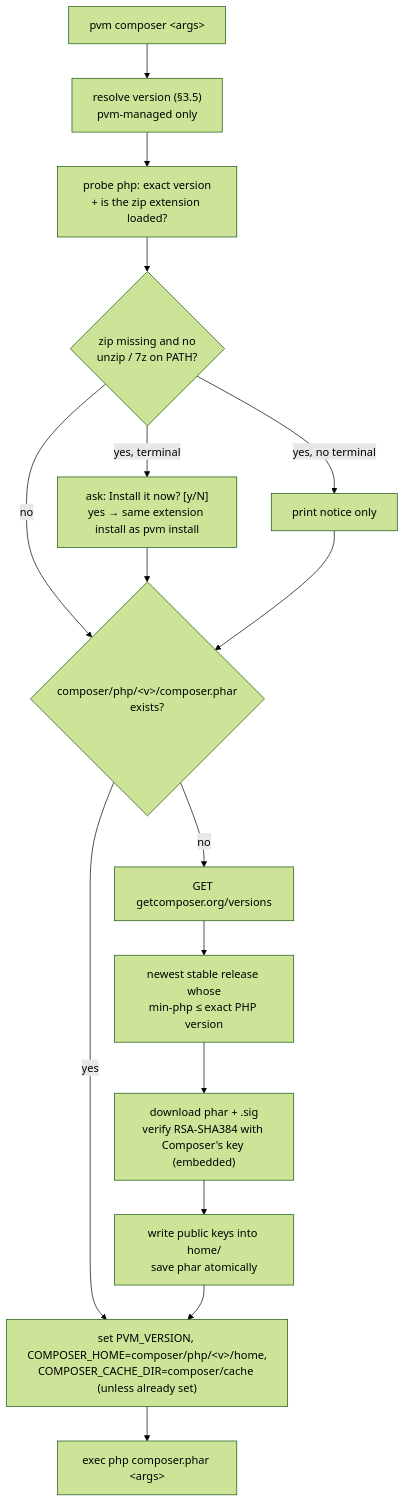
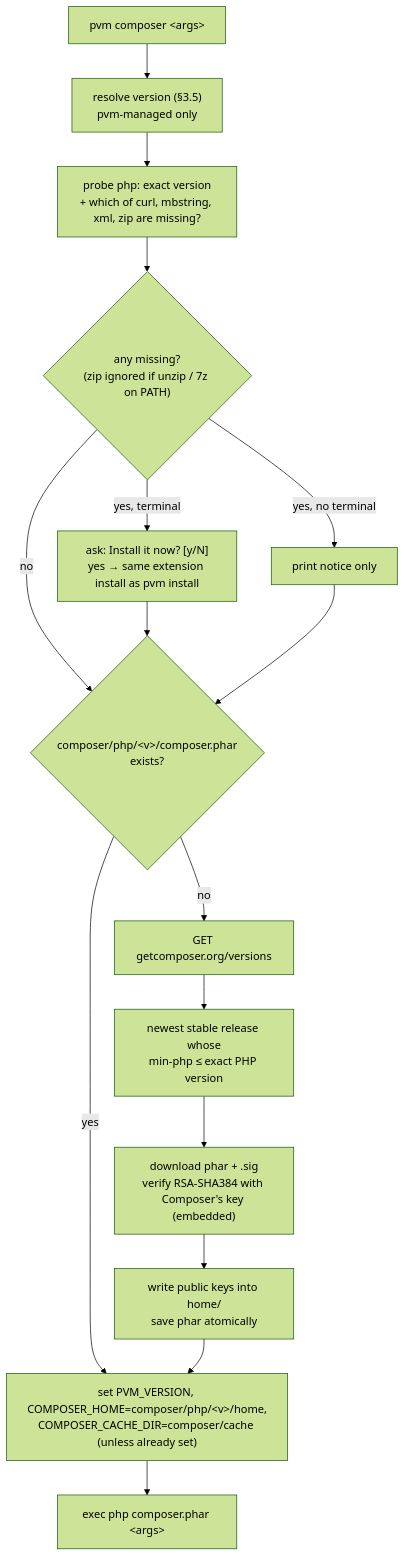
The fifth of 5 diagrams in docs/flow.md (rejmann/pvm), drawn with Mermaid (forest theme) before and after one commit. The commit also changed other lines of this file and 11 other files, not shown here.

First line of the commit message:
feat(composer): garante curl, mbstring, xml e zip no PHP gerenciado

````diff
--- a/docs/flow.md
+++ b/docs/flow.md
@@ -209,20 +209,20 @@
 ```mermaid
 flowchart TD
     A["pvm composer #lt;args#gt;"] --> B["resolve version (§3.5)<br/>pvm-managed only"]
-    B --> C["probe php: exact version<br/>+ is the zip extension loaded?"]
-    C --> D{"zip missing and no<br/>unzip / 7z on PATH?"}
+    B --> C["probe php: exact version<br/>+ which of curl, mbstring, xml, zip are missing?"]
+    C --> D{"any missing?<br/>(zip ignored if unzip / 7z on PATH)"}
     D -- yes, terminal --> D1["ask: Install it now? [y/N]<br/>yes → same extension install as pvm install"]
     D -- yes, no terminal --> D2["print notice only"]
     D -- no --> E
     D1 --> E
     D2 --> E
     E{"composer/php/#lt;v#gt;/composer.phar<br/>exists?"}
     E -- yes --> H
     E -- no --> F1["GET getcomposer.org/versions"]
     F1 --> F2["newest stable release whose<br/>min-php ≤ exact PHP version"]
     F2 --> F3["download phar + .sig<br/>verify RSA-SHA384 with Composer's key (embedded)"]
     F3 --> F4["write public keys into home/<br/>save phar atomically"]
     F4 --> H
     H["set PVM_VERSION, COMPOSER_HOME=composer/php/#lt;v#gt;/home,<br/>COMPOSER_CACHE_DIR=composer/cache (unless already set)"]
     H --> I["exec php composer.phar #lt;args#gt;"]
 ```
````
